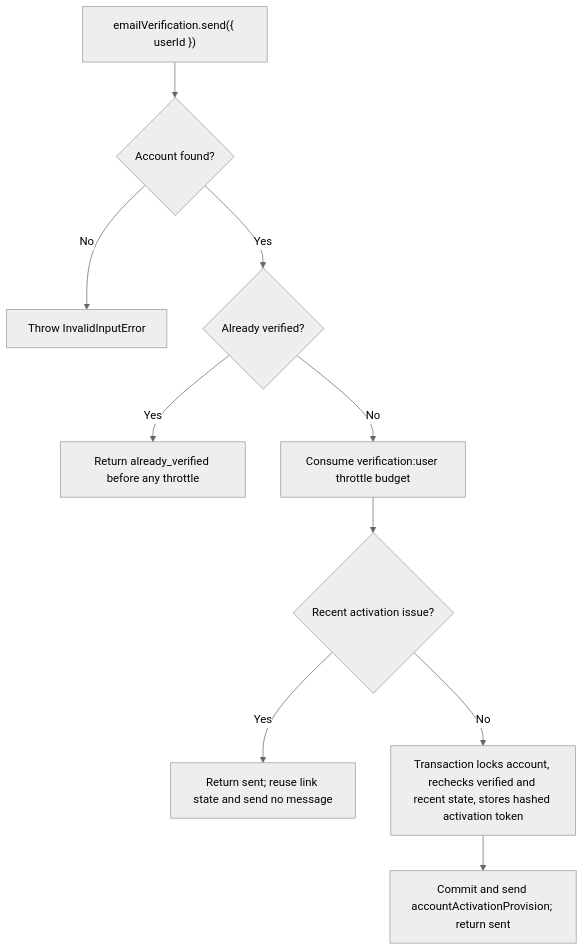
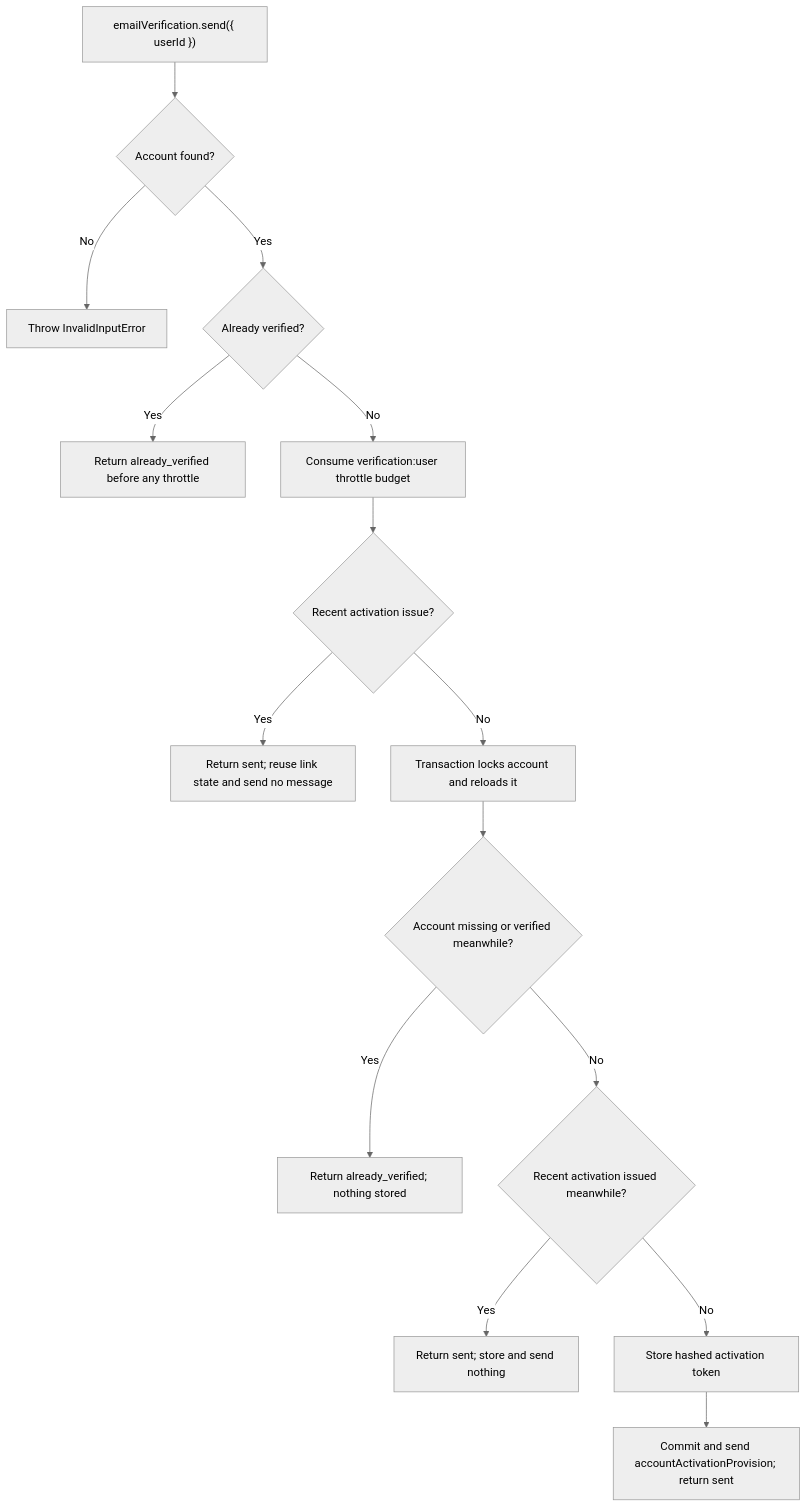
The second of 2 diagrams in user-stories/US-ACCOUNT-37-resend-verification.md (Kevinjohn/oss-adonisjs-account-kit), drawn with Mermaid (neutral theme) before and after one commit. The commit also changed 9 other files, not shown here.

````diff
--- a/user-stories/US-ACCOUNT-37-resend-verification.md
+++ b/user-stories/US-ACCOUNT-37-resend-verification.md
@@ -32,12 +32,17 @@
 ```mermaid
 flowchart TD
  A["emailVerification.send({ userId })"] --> B{"Account found?"}
  B -->|No| X["Throw InvalidInputError"]
  B -->|Yes| C{"Already verified?"}
  C -->|Yes| D["Return already_verified before any throttle"]
  C -->|No| T["Consume verification:user throttle budget"]
  T --> R{"Recent activation issue?"}
  R -->|Yes| E["Return sent; reuse link state and send no message"]
- R -->|No| F["Transaction locks account, rechecks verified and recent state, stores hashed activation token"]
- F --> G["Commit and send accountActivationProvision; return sent"]
+ R -->|No| F["Transaction locks account and reloads it"]
+ F --> F1{"Account missing or verified meanwhile?"}
+ F1 -->|Yes| D2["Return already_verified; nothing stored"]
+ F1 -->|No| F2{"Recent activation issued meanwhile?"}
+ F2 -->|Yes| E2["Return sent; store and send nothing"]
+ F2 -->|No| F3["Store hashed activation token"]
+ F3 --> G["Commit and send accountActivationProvision; return sent"]
 ```
````
